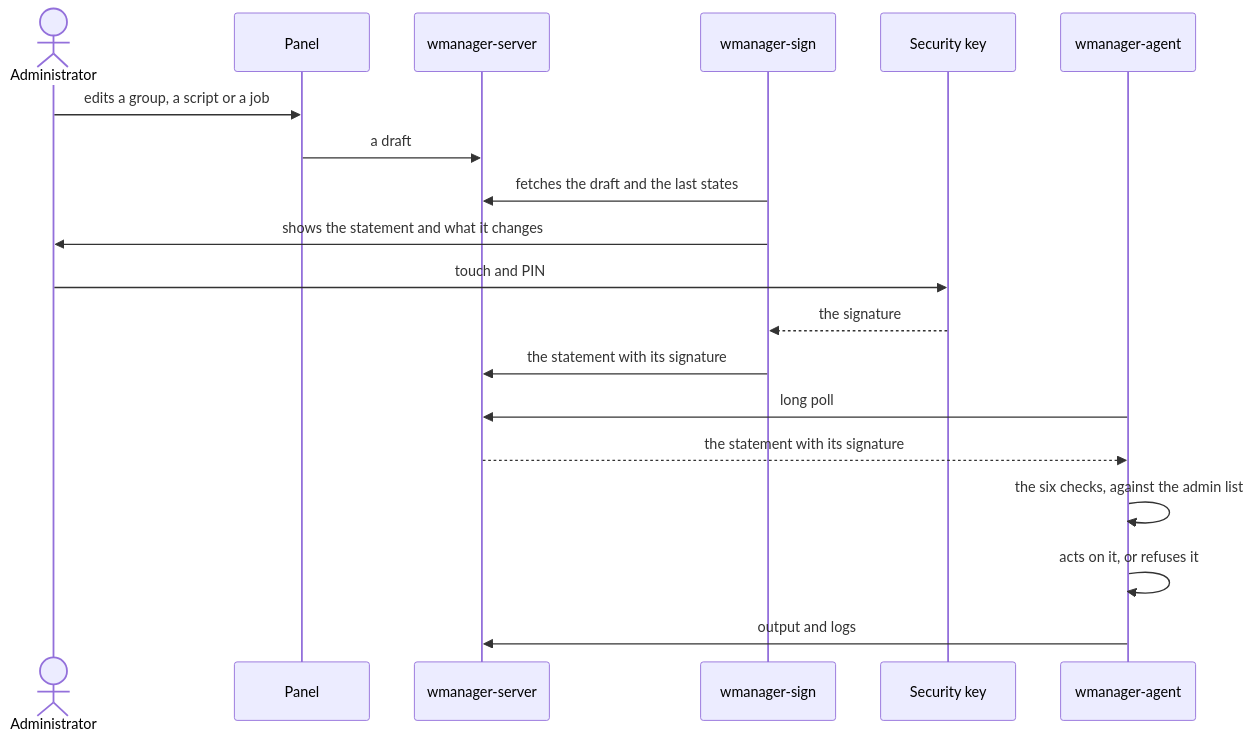
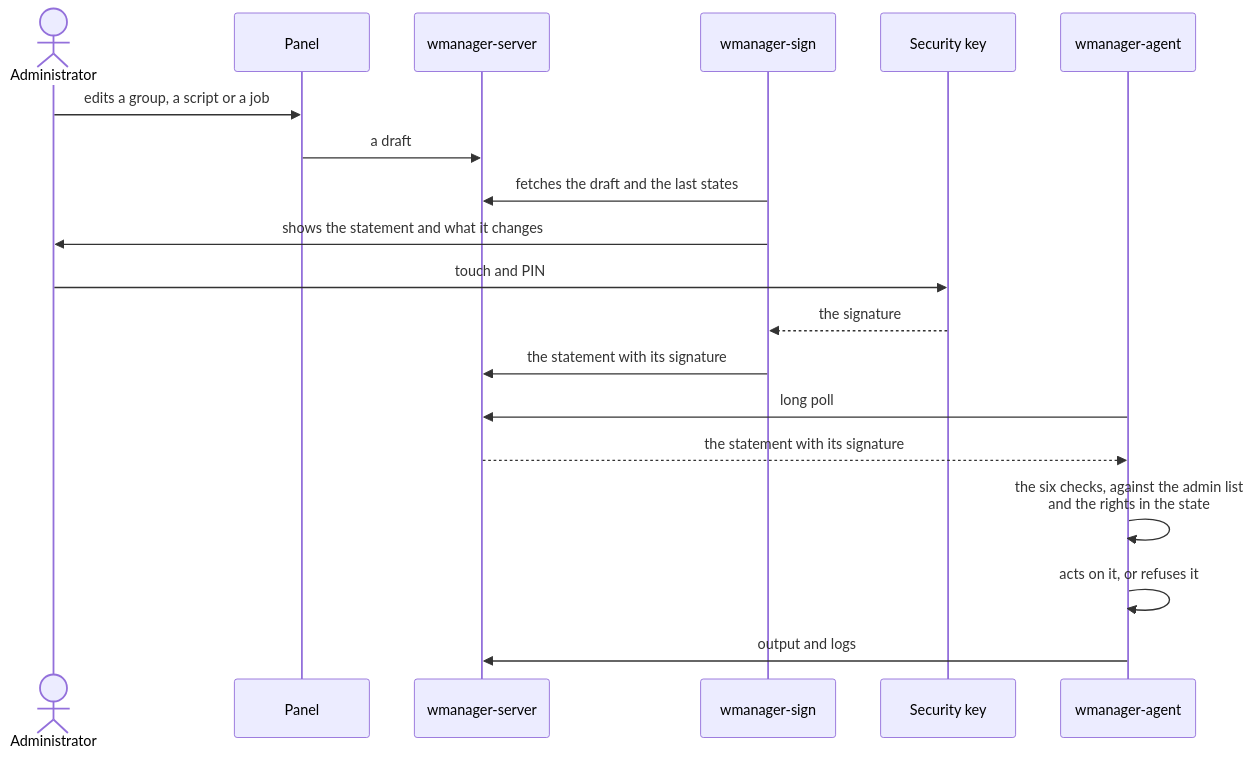
Before and after one commit to lechup/wmanager: the second of 2 diagrams in docs/architecture.md, drawn with Mermaid. The commit also changed other lines of this file and 2 other files, not shown here.

````diff
--- a/docs/architecture.md
+++ b/docs/architecture.md
@@ -95,21 +100,21 @@
 ```mermaid
 sequenceDiagram
   actor A as Administrator
   participant P as Panel
   participant S as wmanager-server
   participant W as wmanager-sign
   participant K as Security key
   participant G as wmanager-agent
   A->>P: edits a group, a script or a job
   P->>S: a draft
   W->>S: fetches the draft and the last states
   W->>A: shows the statement and what it changes
   A->>K: touch and PIN
   K-->>W: the signature
   W->>S: the statement with its signature
   G->>S: long poll
   S-->>G: the statement with its signature
-  G->>G: the six checks, against the admin list
+  G->>G: the six checks, against the admin list<br/>and the rights in the state
   G->>G: acts on it, or refuses it
   G->>S: output and logs
 ```
````
